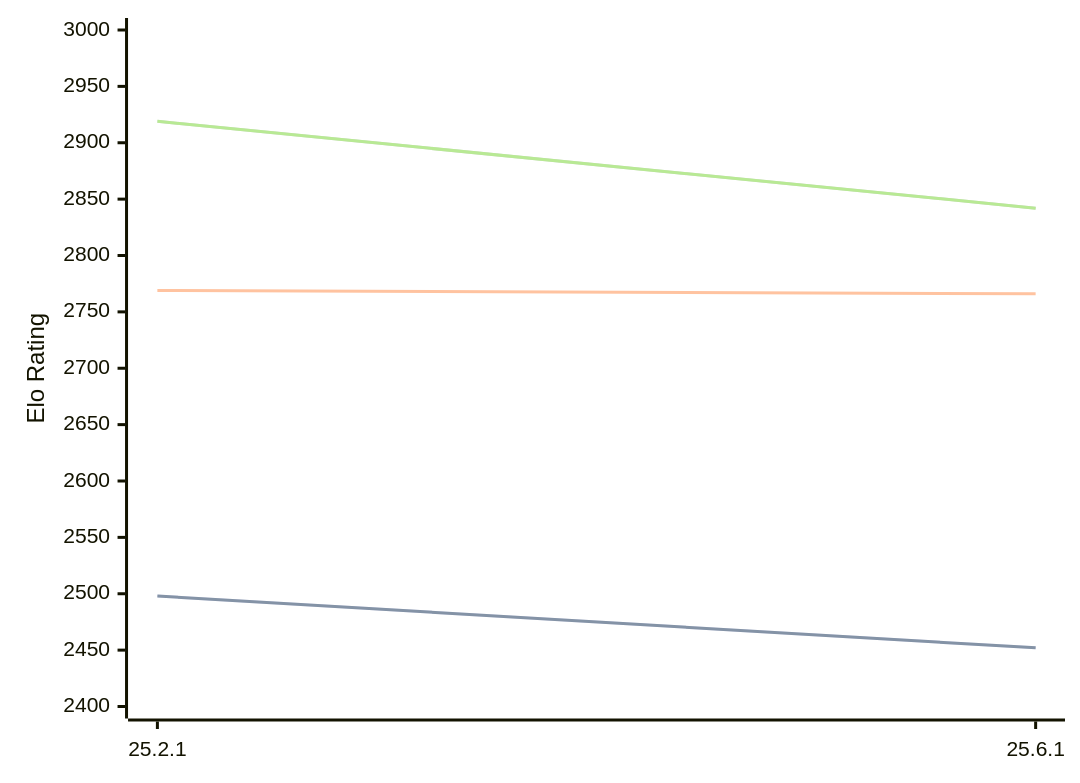
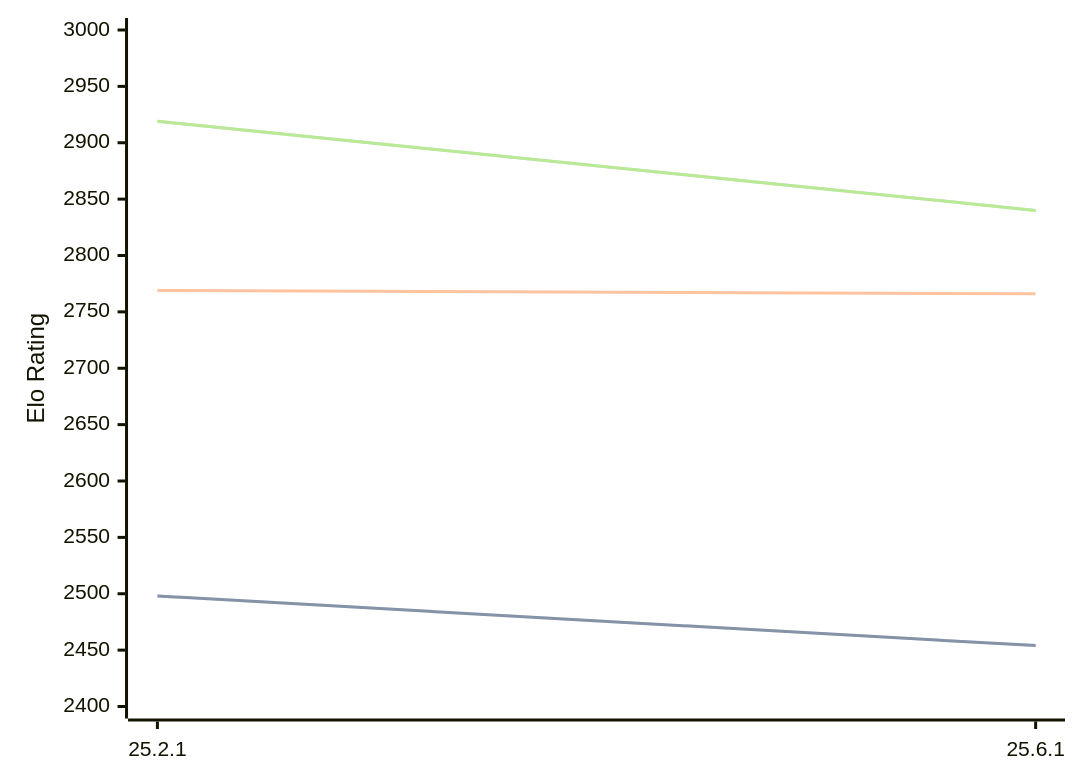
Before and after one commit to computer-chess-index/cci: the diagram in engines/Crafty.md, drawn with Mermaid. The commit also changed other lines of this file, not shown here.

Commit message:
Update CCI Ratings (ELO VLTC) - 2026-07-21

````diff
--- a/engines/Crafty.md
+++ b/engines/Crafty.md
@@ -32,11 +32,11 @@
 ```mermaid
 %%{init: {"theme":"base","themeVariables":{"seriesColors:['#a3a3a3','#222221','#faa371']}}}%%
 xychart-beta
   x-axis ["25.2.1", "25.6.1"]
   y-axis "Elo Rating" 2400 --> 3000
-  line "STC (8.0+0.08s)" [2498, 2452]
-  line "STC (8.0+0.08s)" [2498, 2452]
+  line "STC (8.0+0.08s)" [2498, 2454]
+  line "STC (8.0+0.08s)" [2498, 2454]
   line "LTC (60.0+0.60s)" [2769, 2766]
-  line "VLTC (2m24s+1.12s)" [2919, 2842]
-  line "VLTC (2m24s+1.12s)" [2919, 2842]
+  line "VLTC (2m24s+1.12s)" [2919, 2840]
+  line "VLTC (2m24s+1.12s)" [2919, 2840]
 ```
````
